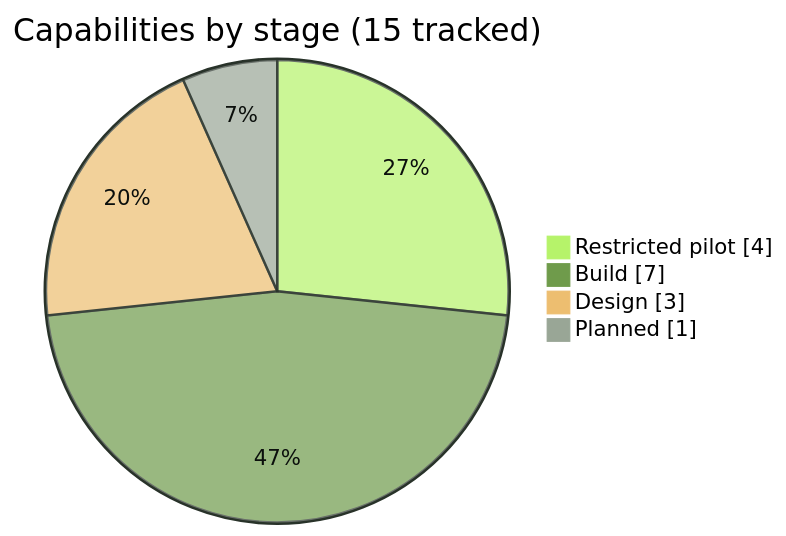
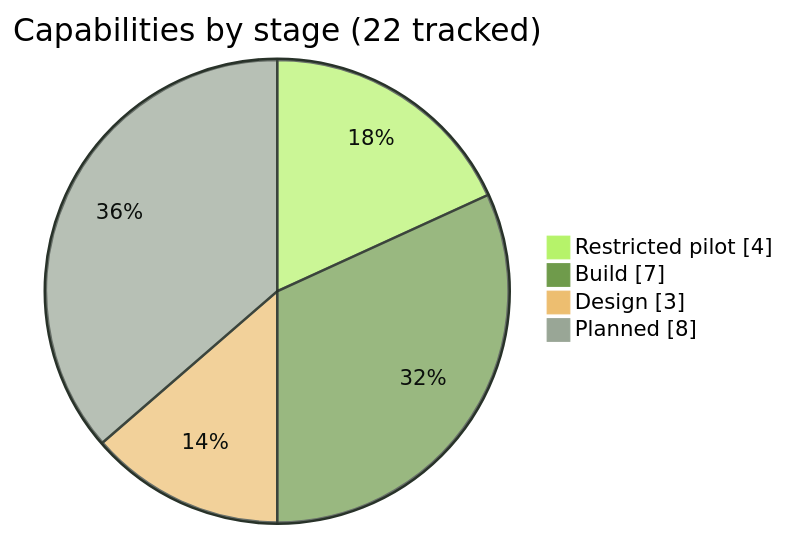
Before and after one commit to pboachie/zrotext: the first of 4 diagrams in docs/ROADMAP.md, drawn with Mermaid. The commit also changed other lines of this file and 7 other files, not shown here.

Commit message:
Connect the roadmap to customer workflows and AI use cases

````diff
--- a/docs/ROADMAP.md
+++ b/docs/ROADMAP.md
@@ -21,9 +42,9 @@
 ```mermaid
 %%{init: {"themeVariables": {"pie1": "#b6f36a", "pie2": "#6f9b4b", "pie3": "#edbe70", "pie4": "#99a696", "pieSectionTextColor": "#0b0f0c", "pieStrokeColor": "#29332a", "pieOuterStrokeColor": "#29332a"}}}%%
 pie showData
-    title Capabilities by stage (15 tracked)
+    title Capabilities by stage (22 tracked)
     "Restricted pilot" : 4
     "Build" : 7
     "Design" : 3
-    "Planned" : 1
+    "Planned" : 8
 ```
````
